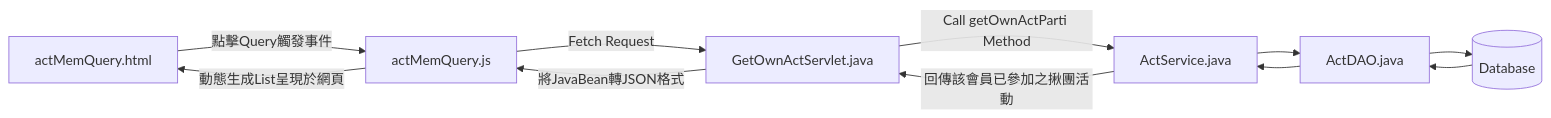
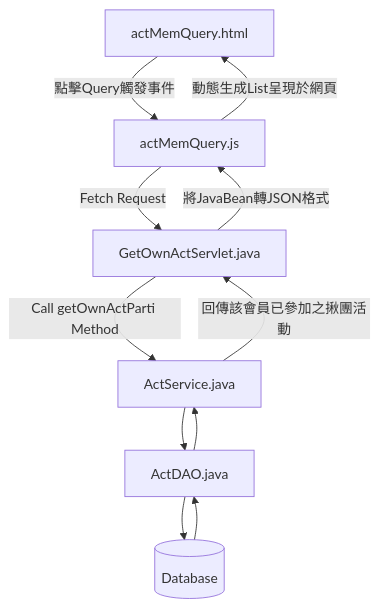
One commit to TLexYuW/CGA103G1OwnPart changed the third of 13 diagrams in README.md. Above: the diagram before and after it, drawn with Mermaid. The commit also changed other lines of this file, not shown here.

Commit message:
LexVaultBackup: 2022-09-12 15:48:33
Affected files:
README.md

````diff
--- a/README.md
+++ b/README.md
@@ -93,7 +93,7 @@
 ```mermaid
-flowchart LR
+flowchart
 	aMQhtml[actMemQuery.html] -->|點擊Query觸發事件| aMQjs[actMemQuery.js] -->|Fetch Request| GOAS[GetOwnActServlet.java]
 	-->|Call getOwnActParti Method| AS[ActService.java] --> AD[ActDAO.java] --> DB[(Database)]
 	
 	DB --> AD --> AS -->|回傳該會員已參加之揪團活動| GOAS -->|將JavaBean轉JSON格式| aMQjs -->|動態生成List呈現於網頁| aMQhtml
 ```
````
